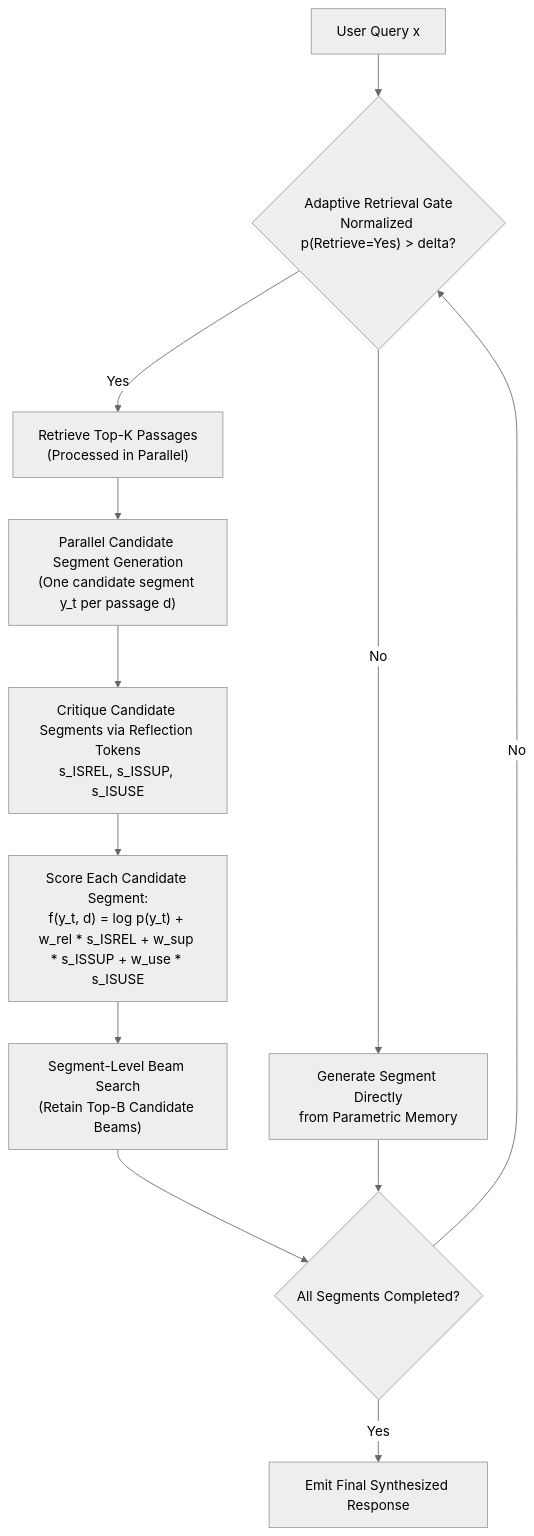
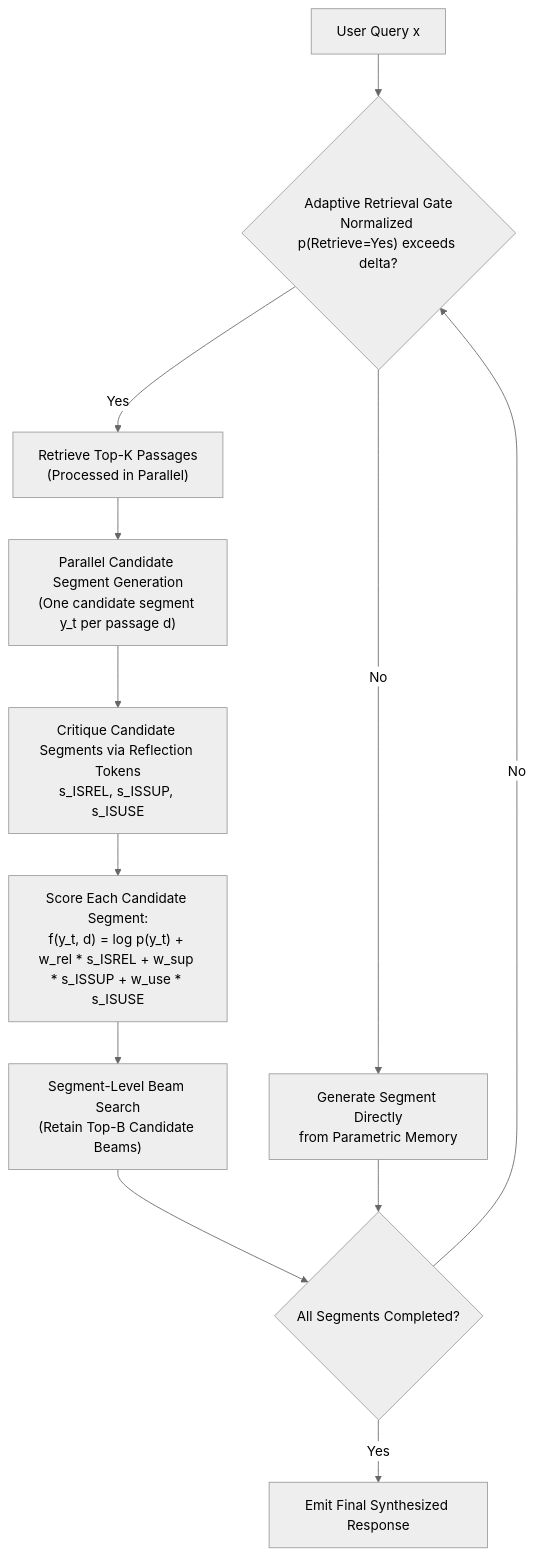
One commit to divyansh070/ml_notes changed the first of 4 diagrams in rag-guide/06-advanced-agentic-rag.md. Above: the diagram before and after it, drawn with Mermaid (neutral theme). The commit also changed other lines of this file and 8 other files, not shown here.

Commit message:
fix(rag-guide): resolve Mermaid syntax, xychart, and MathJax rendering issues for GitHub

````diff
--- a/rag-guide/06-advanced-agentic-rag.md
+++ b/rag-guide/06-advanced-agentic-rag.md
@@ -25,21 +25,21 @@
 ```mermaid
 flowchart TD
-    QUERY["User Query x"] --> ADAPT{"Adaptive Retrieval Gate<br/>Normalized p(Retrieve=Yes) > delta?"}
+    QUERY["User Query x"] --> ADAPT{"Adaptive Retrieval Gate<br>Normalized p(Retrieve=Yes) exceeds delta?"}
     
-    ADAPT -->|No| GEN_PARAM["Generate Segment Directly<br/>from Parametric Memory"]
-    ADAPT -->|Yes| RETRIEVE["Retrieve Top-K Passages<br/>(Processed in Parallel)"]
+    ADAPT -->|No| GEN_PARAM["Generate Segment Directly<br>from Parametric Memory"]
+    ADAPT -->|Yes| RETRIEVE["Retrieve Top-K Passages<br>(Processed in Parallel)"]
     
-    RETRIEVE --> PARALLEL["Parallel Candidate Segment Generation<br/>(One candidate segment y_t per passage d)"]
+    RETRIEVE --> PARALLEL["Parallel Candidate Segment Generation<br>(One candidate segment y_t per passage d)"]
     
-    PARALLEL --> CRITIQUE["Critique Candidate Segments via Reflection Tokens<br/>s_ISREL, s_ISSUP, s_ISUSE"]
+    PARALLEL --> CRITIQUE["Critique Candidate Segments via Reflection Tokens<br>s_ISREL, s_ISSUP, s_ISUSE"]
     
-    CRITIQUE --> SCORE["Score Each Candidate Segment:<br/>f(y_t, d) = log p(y_t) + w_rel * s_ISREL + w_sup * s_ISSUP + w_use * s_ISUSE"]
+    CRITIQUE --> SCORE["Score Each Candidate Segment:<br>f(y_t, d) = log p(y_t) + w_rel * s_ISREL + w_sup * s_ISSUP + w_use * s_ISUSE"]
     
-    SCORE --> BEAM["Segment-Level Beam Search<br/>(Retain Top-B Candidate Beams)"]
+    SCORE --> BEAM["Segment-Level Beam Search<br>(Retain Top-B Candidate Beams)"]
     
     BEAM --> NEXT{"All Segments Completed?"}
     GEN_PARAM --> NEXT
     
     NEXT -->|No| ADAPT
     NEXT -->|Yes| FINAL["Emit Final Synthesized Response"]
 ```
````
